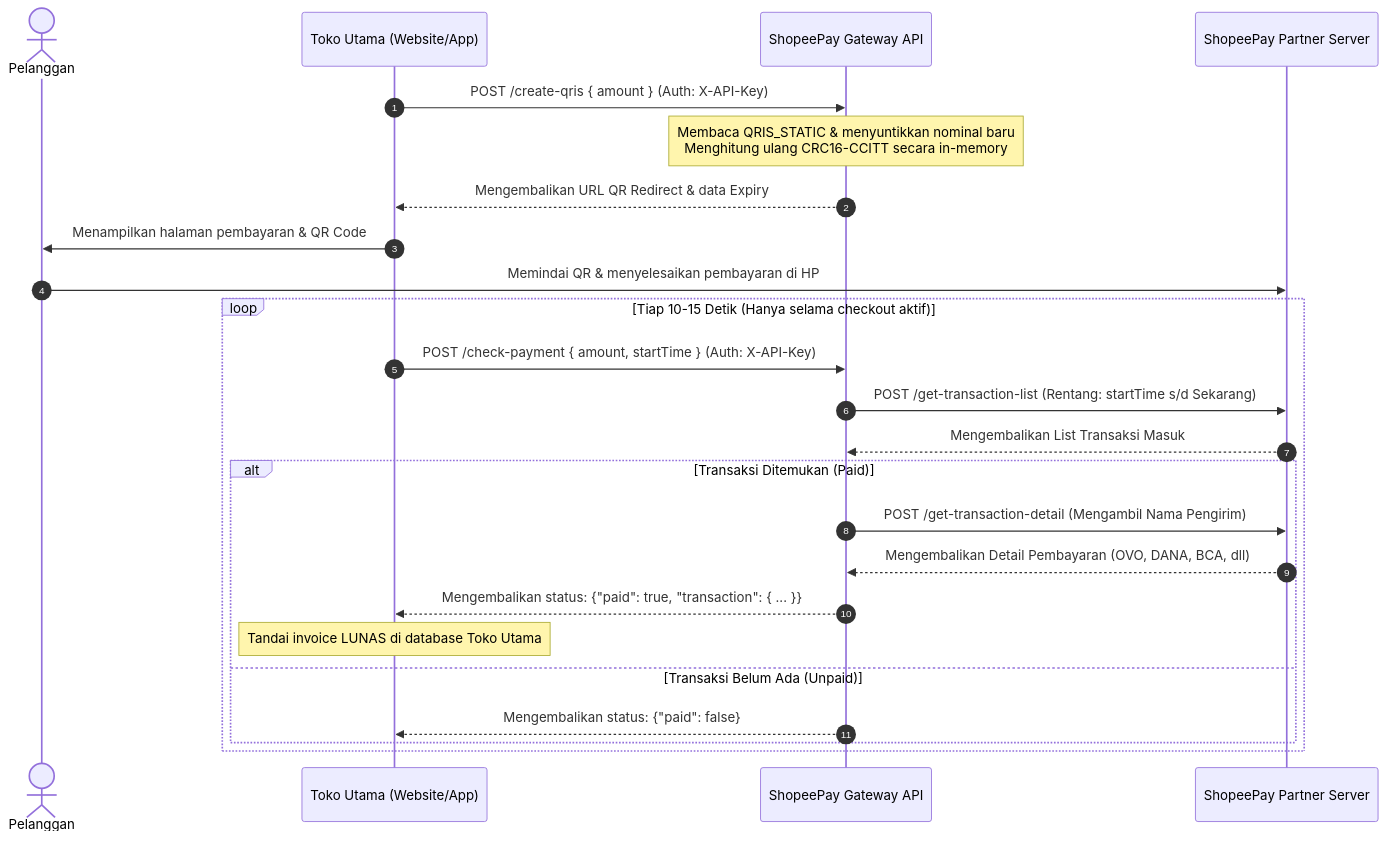
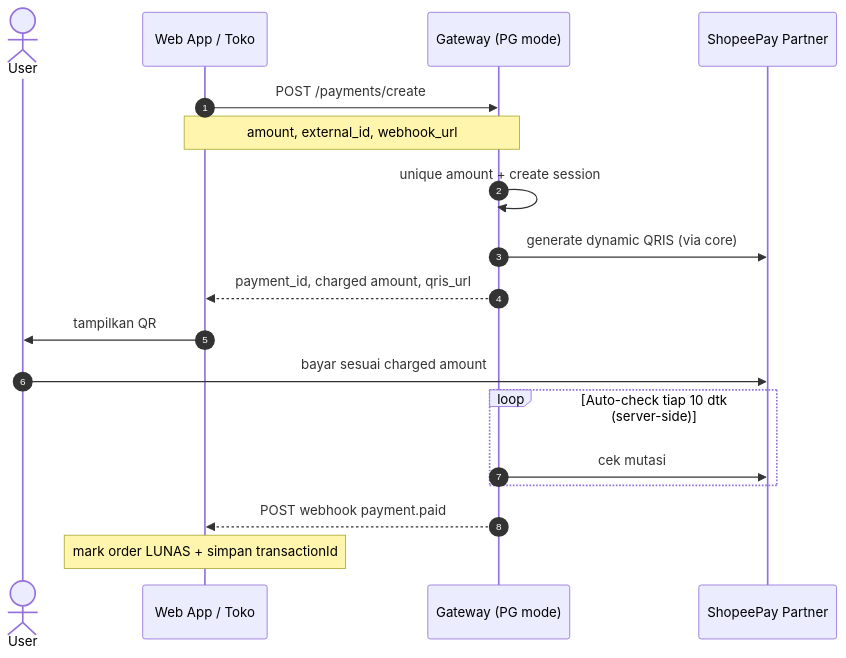
The diagram in README.md (fadheelahmadalfaiz/shoppepay-api-gateway), drawn with Mermaid before and after one commit. The commit also changed other lines of this file and 1 other file, not shown here.

First line of the commit message:
docs: update README for PG auto-check fork + add webapp integration guide

````diff
--- a/README.md
+++ b/README.md
@@ -37,28 +58,21 @@
 ```mermaid
 sequenceDiagram
     autonumber
-    actor Pelanggan
-    participant Toko as Toko Utama (Website/App)
-    participant Gateway as ShopeePay Gateway API
-    participant Shopee as ShopeePay Partner Server
+    actor User
+    participant Web as Web App / Toko
+    participant GW as Gateway (PG mode)
+    participant Shopee as ShopeePay Partner
 
-    Toko->>Gateway: POST /create-qris { amount } (Auth: X-API-Key)
-    Note over Gateway: Membaca QRIS_STATIC & menyuntikkan nominal baru<br/>Menghitung ulang CRC16-CCITT secara in-memory
-    Gateway-->>Toko: Mengembalikan URL QR Redirect & data Expiry
-    Toko->>Pelanggan: Menampilkan halaman pembayaran & QR Code
-    Pelanggan->>Shopee: Memindai QR & menyelesaikan pembayaran di HP
-
-    loop Tiap 10-15 Detik (Hanya selama checkout aktif)
-        Toko->>Gateway: POST /check-payment { amount, startTime } (Auth: X-API-Key)
-        Gateway->>Shopee: POST /get-transaction-list (Rentang: startTime s/d Sekarang)
-        Shopee-->>Gateway: Mengembalikan List Transaksi Masuk
-        alt Transaksi Ditemukan (Paid)
-            Gateway->>Shopee: POST /get-transaction-detail (Mengambil Nama Pengirim)
-            Shopee-->>Gateway: Mengembalikan Detail Pembayaran (OVO, DANA, BCA, dll)
-            Gateway-->>Toko: Mengembalikan status: {"paid": true, "transaction": { ... }}
-            Note over Toko: Tandai invoice LUNAS di database Toko Utama
-        else Transaksi Belum Ada (Unpaid)
-            Gateway-->>Toko: Mengembalikan status: {"paid": false}
-        end
+    Web->>GW: POST /payments/create
+    Note over Web,GW: amount, external_id, webhook_url
+    GW->>GW: unique amount + create session
+    GW->>Shopee: generate dynamic QRIS (via core)
+    GW-->>Web: payment_id, charged amount, qris_url
+    Web->>User: tampilkan QR
+    User->>Shopee: bayar sesuai charged amount
+    loop Auto-check tiap 10 dtk (server-side)
+        GW->>Shopee: cek mutasi
     end
+    GW-->>Web: POST webhook payment.paid
+    Note over Web: mark order LUNAS + simpan transactionId
 ```
````
